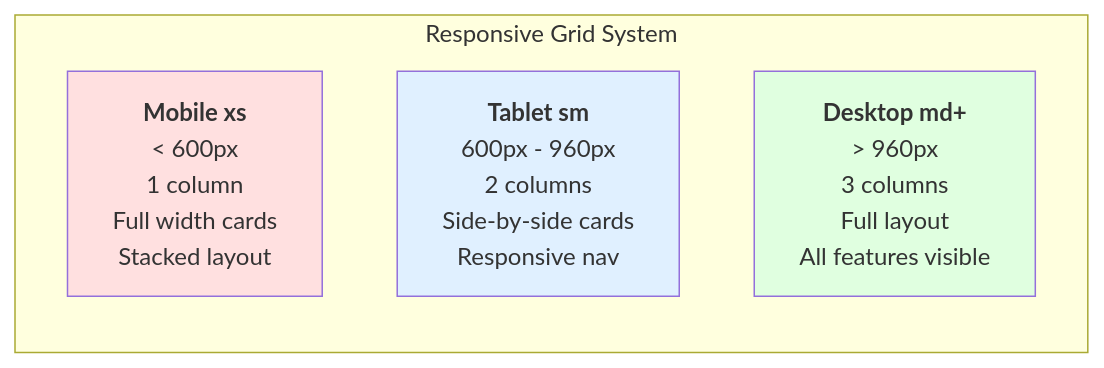
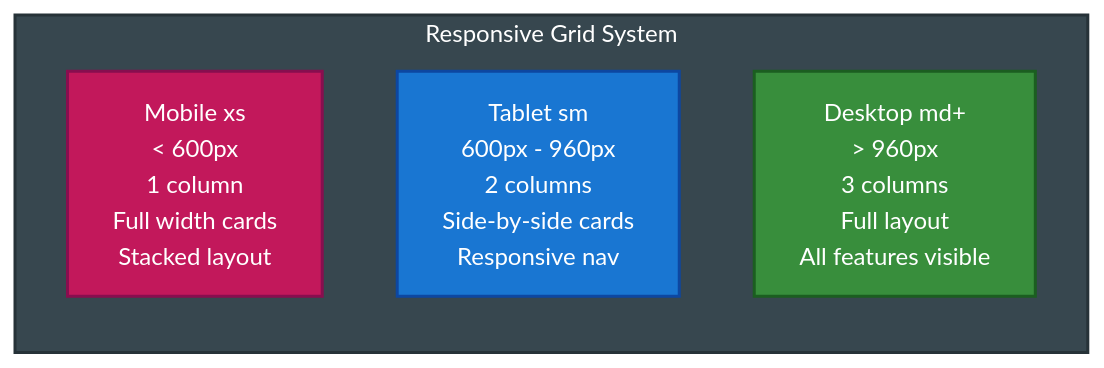
One commit to jajecnikmarci/kliensoldali-NHF changed diagram 14 of 14 in README.md. Above: the diagram before and after it, drawn with Mermaid. The commit also changed other lines of this file, not shown here.

````diff
--- a/README.md
+++ b/README.md
@@ -778,12 +778,13 @@
 ```mermaid
 graph LR
     subgraph Grid["Responsive Grid System"]
-        Mobile["<b>Mobile xs</b><br/>< 600px<br/>1 column<br/>Full width cards<br/>Stacked layout"]
-        Tablet["<b>Tablet sm</b><br/>600px - 960px<br/>2 columns<br/>Side-by-side cards<br/>Responsive nav"]
-        Desktop["<b>Desktop md+</b><br/>> 960px<br/>3 columns<br/>Full layout<br/>All features visible"]
+        Mobile["Mobile xs<br/>< 600px<br/>1 column<br/>Full width cards<br/>Stacked layout"]
+        Tablet["Tablet sm<br/>600px - 960px<br/>2 columns<br/>Side-by-side cards<br/>Responsive nav"]
+        Desktop["Desktop md+<br/>> 960px<br/>3 columns<br/>Full layout<br/>All features visible"]
     end
     
-    style Mobile fill:#ffe0e0
-    style Tablet fill:#e0f0ff
-    style Desktop fill:#e0ffe0
+    style Grid fill:#37474f,stroke:#263238,stroke-width:2px,color:#fff
+    style Mobile fill:#c2185b,stroke:#880e4f,stroke-width:2px,color:#fff
+    style Tablet fill:#1976d2,stroke:#0d47a1,stroke-width:2px,color:#fff
+    style Desktop fill:#388e3c,stroke:#1b5e20,stroke-width:2px,color:#fff
 ```
````
